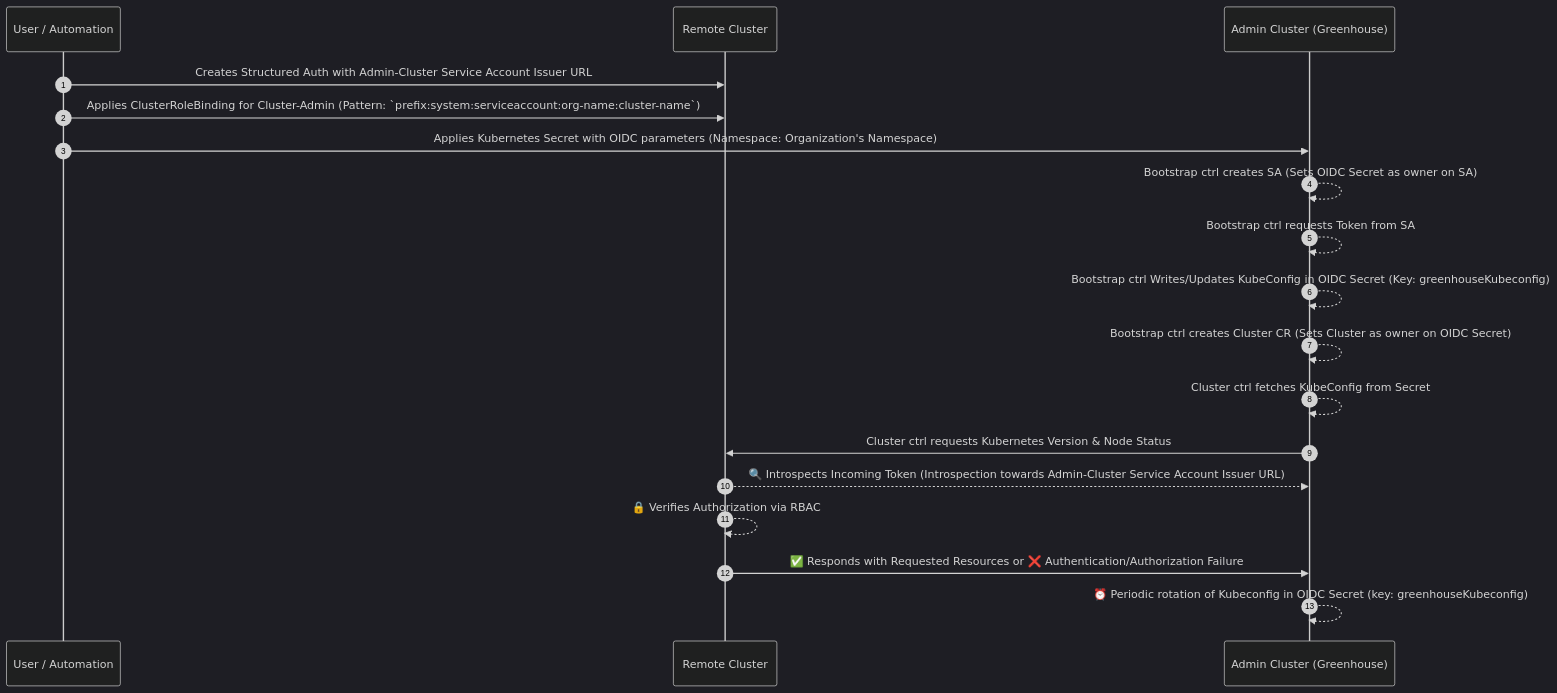
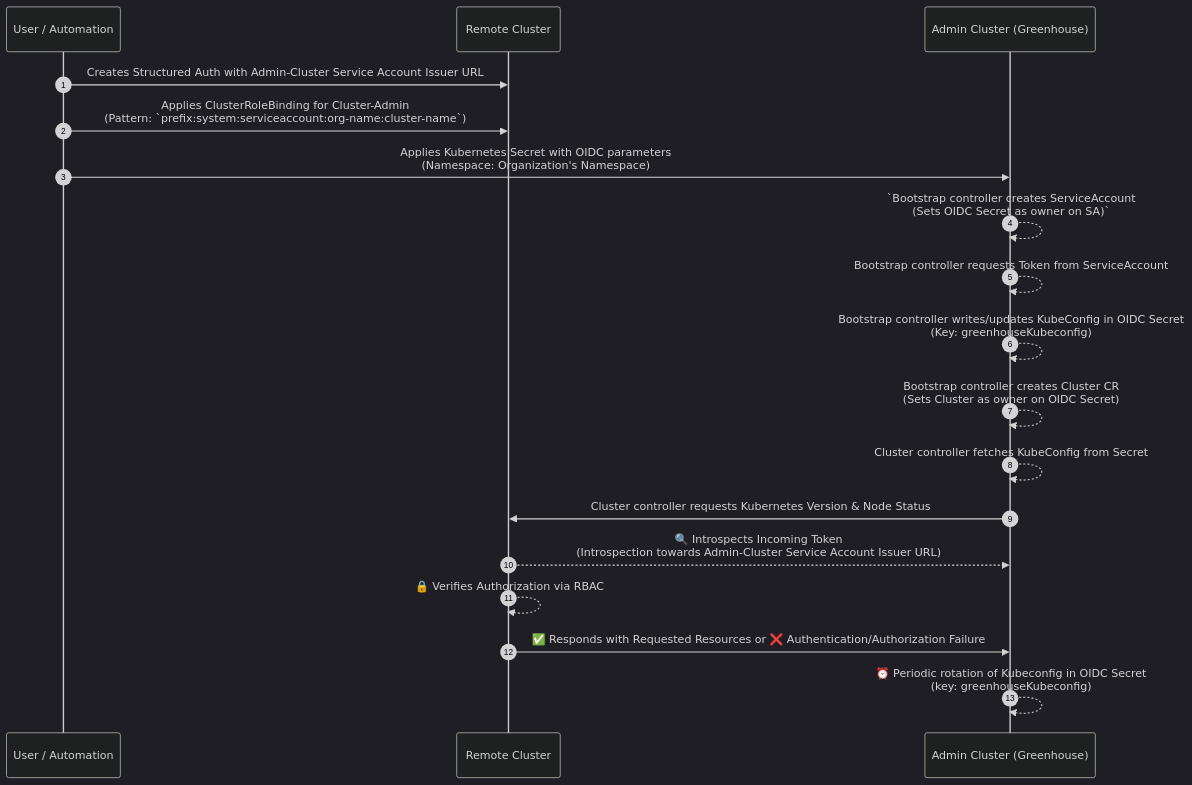
The diagram in docs/user-guides/cluster/oidc_connectivity.md (cloudoperators/greenhouse), drawn with Mermaid (dark theme) before and after one commit.

````diff
--- a/docs/user-guides/cluster/oidc_connectivity.md
+++ b/docs/user-guides/cluster/oidc_connectivity.md
@@ -52,24 +52,24 @@
 ```mermaid
 sequenceDiagram
     autonumber
     participant User as User / Automation
     participant RC as Remote Cluster
     participant AC as Admin Cluster (Greenhouse)
 
     User->>RC: Creates Structured Auth with Admin-Cluster Service Account Issuer URL
-    User->>RC: Applies ClusterRoleBinding for Cluster-Admin (Pattern: `prefix:system:serviceaccount:org-name:cluster-name`)
-    User->>AC: Applies Kubernetes Secret with OIDC parameters (Namespace: Organization's Namespace)
+    User->>RC: Applies ClusterRoleBinding for Cluster-Admin <br/> (Pattern: `prefix:system:serviceaccount:org-name:cluster-name`)
+    User->>AC: Applies Kubernetes Secret with OIDC parameters <br/> (Namespace: Organization's Namespace)
 
-    AC-->>AC: Bootstrap ctrl creates SA (Sets OIDC Secret as owner on SA)
-    AC-->>AC: Bootstrap ctrl requests Token from SA
-    AC-->>AC: Bootstrap ctrl Writes/Updates KubeConfig in OIDC Secret (Key: greenhouseKubeconfig)
-    AC-->>AC: Bootstrap ctrl creates Cluster CR (Sets Cluster as owner on OIDC Secret)
+    AC-->>AC: `Bootstrap controller creates ServiceAccount <br/> (Sets OIDC Secret as owner on SA)`
+    AC-->>AC: Bootstrap controller requests Token from ServiceAccount
+    AC-->>AC: Bootstrap controller writes/updates KubeConfig in OIDC Secret  <br/> (Key: greenhouseKubeconfig)
+    AC-->>AC: Bootstrap controller creates Cluster CR <br/> (Sets Cluster as owner on OIDC Secret)
 
-    AC-->>AC: Cluster ctrl fetches KubeConfig from Secret
-    AC->>RC: Cluster ctrl requests Kubernetes Version & Node Status
+    AC-->>AC: Cluster controller fetches KubeConfig from Secret
+    AC->>RC: Cluster controller requests Kubernetes Version & Node Status
 
-    RC-->>AC: 🔍 Introspects Incoming Token (Introspection towards Admin-Cluster Service Account Issuer URL)
+    RC-->>AC: 🔍 Introspects Incoming Token <br/> (Introspection towards Admin-Cluster Service Account Issuer URL)
     RC-->>RC: 🔒 Verifies Authorization via RBAC
     RC->>AC: ✅ Responds with Requested Resources or ❌ Authentication/Authorization Failure
-    AC-->>AC: ⏰ Periodic rotation of Kubeconfig in OIDC Secret (key: greenhouseKubeconfig)
+    AC-->>AC: ⏰ Periodic rotation of Kubeconfig in OIDC Secret <br/> (key: greenhouseKubeconfig)
 ```
````
